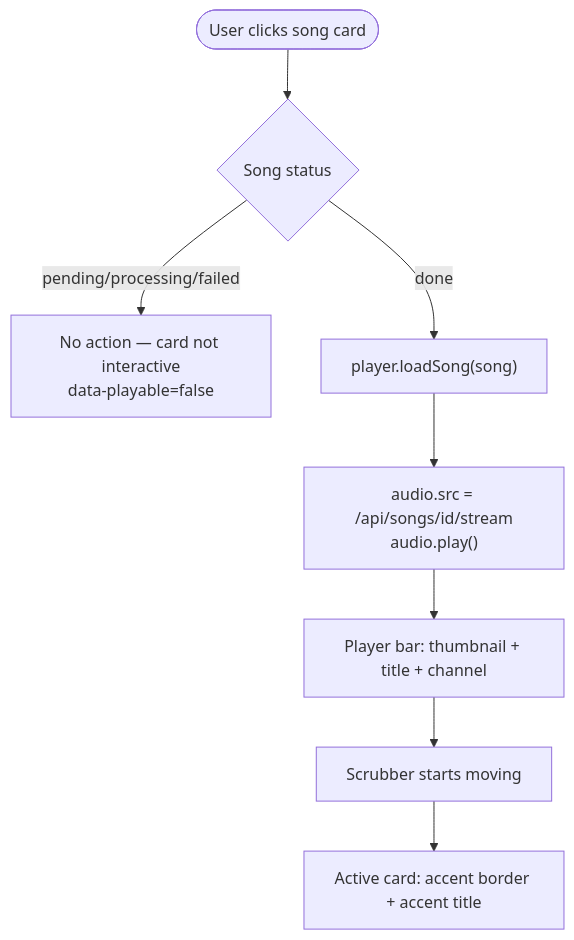
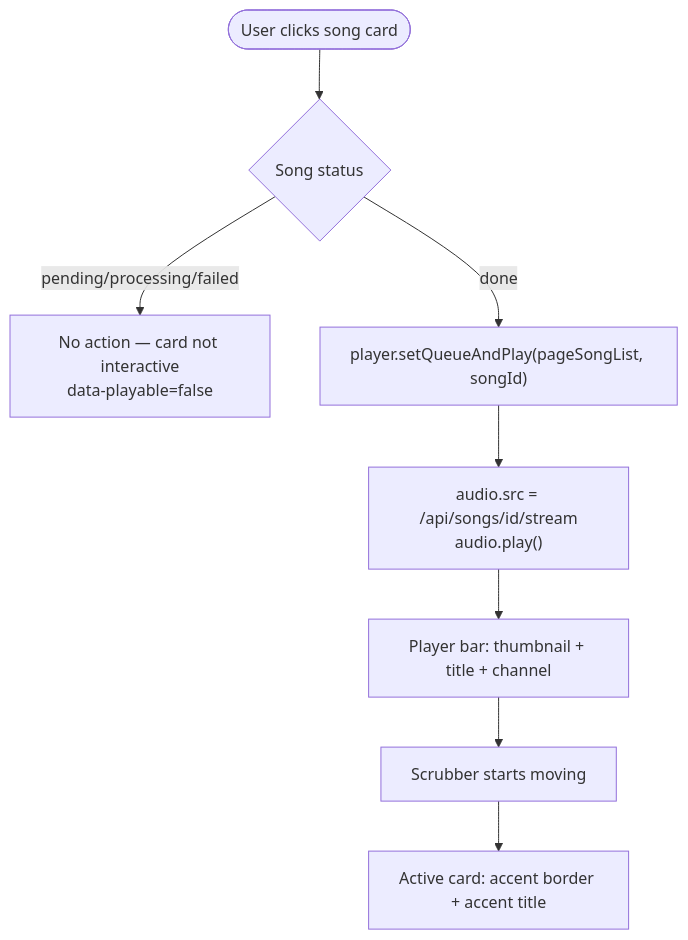
Before and after one commit to KarthikUdyawar/melo: the sixth of 19 diagrams in docs/USER-FLOW.md, drawn with Mermaid. The commit also changed other lines of this file and 13 other files, not shown here.

````diff
--- a/docs/USER-FLOW.md
+++ b/docs/USER-FLOW.md
@@ -104,10 +107,10 @@
 ```mermaid
 flowchart TD
     A([User clicks song card]) --> B{Song status}
     B --pending/processing/failed--> C[No action — card not interactive\ndata-playable=false]
-    B --done--> D["player.loadSong(song)"]
+    B --done--> D["player.setQueueAndPlay(pageSongList, songId)"]
     D --> E["audio.src = /api/songs/id/stream\naudio.play()"]
     E --> F[Player bar: thumbnail + title + channel]
     F --> G[Scrubber starts moving]
     G --> H[Active card: accent border + accent title]
 ```
````
